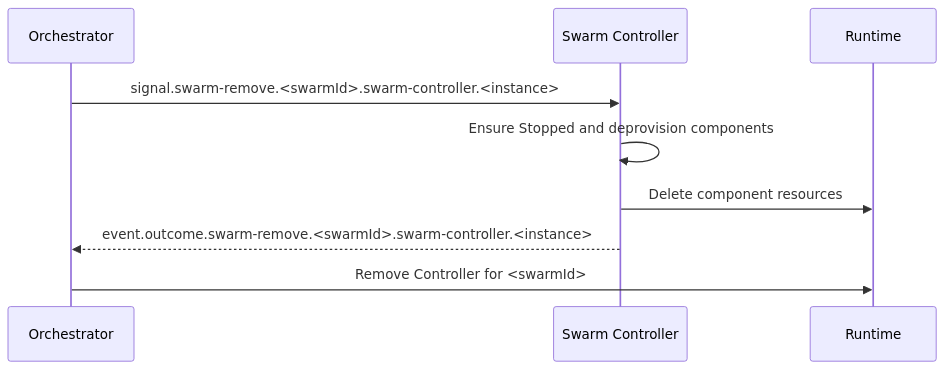
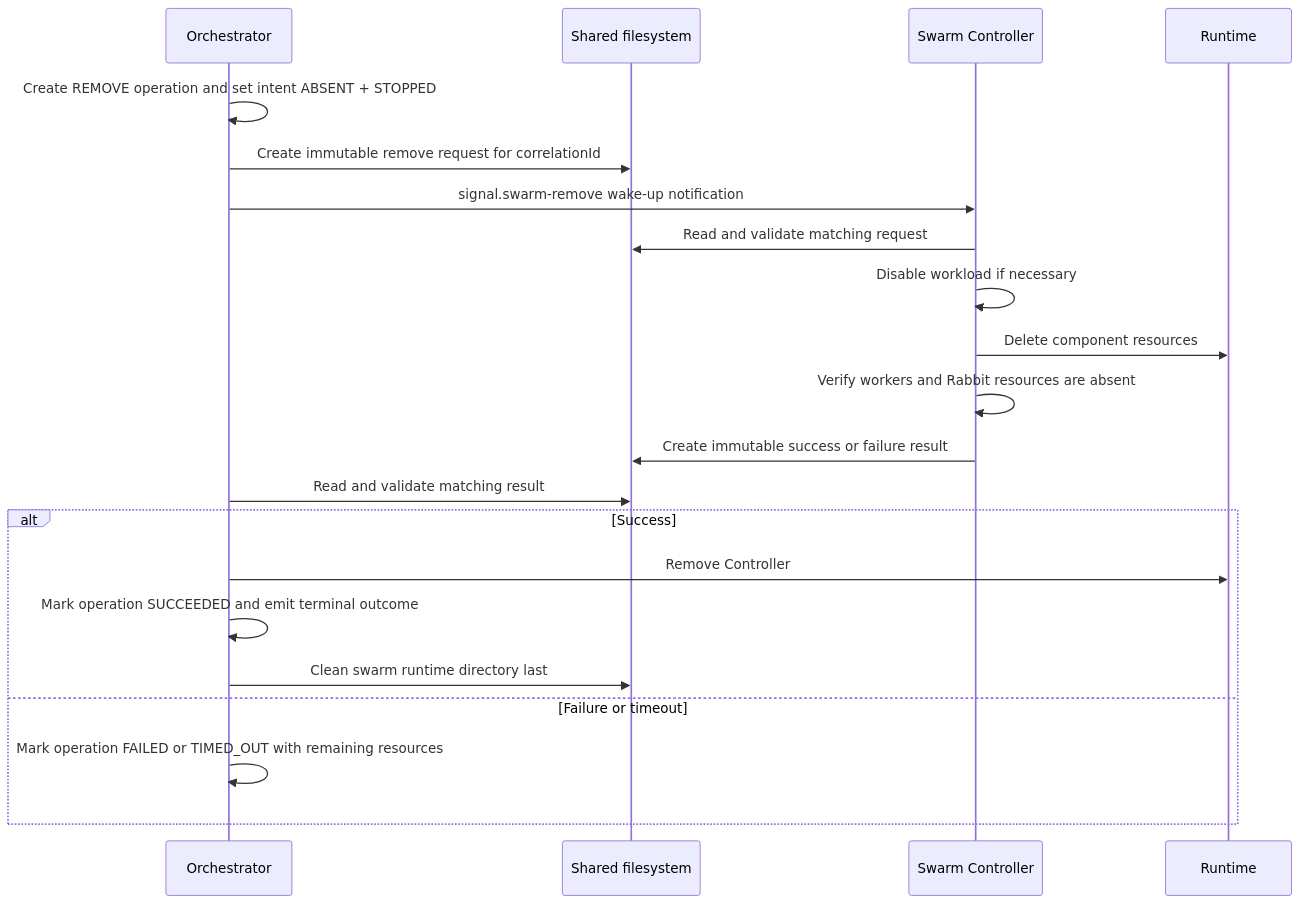
One commit to sepa79/PocketHive changed the fifth of 6 diagrams in docs/ARCHITECTURE.md. Above: the diagram before and after it, drawn with Mermaid. The commit also changed other lines of this file and 210 other files, not shown here.

````diff
--- a/docs/ARCHITECTURE.md
+++ b/docs/ARCHITECTURE.md
@@ -626,12 +681,24 @@
 ```mermaid
 sequenceDiagram
   participant QN as Orchestrator
+  participant FS as Shared filesystem
   participant MSH as Swarm Controller
   participant RT as Runtime
 
-  QN->>MSH: signal.swarm-remove.<swarmId>.swarm-controller.<instance>
-  MSH->>MSH: Ensure Stopped and deprovision components
+  QN->>QN: Create REMOVE operation and set intent ABSENT + STOPPED
+  QN->>FS: Create immutable remove request for correlationId
+  QN->>MSH: signal.swarm-remove wake-up notification
+  MSH->>FS: Read and validate matching request
+  MSH->>MSH: Disable workload if necessary
   MSH->>RT: Delete component resources
-  MSH-->>QN: event.outcome.swarm-remove.<swarmId>.swarm-controller.<instance>
-  QN->>RT: Remove Controller for <swarmId>
+  MSH->>MSH: Verify workers and Rabbit resources are absent
+  MSH->>FS: Create immutable success or failure result
+  QN->>FS: Read and validate matching result
+  alt Success
+    QN->>RT: Remove Controller
+    QN->>QN: Mark operation SUCCEEDED and emit terminal outcome
+    QN->>FS: Clean swarm runtime directory last
+  else Failure or timeout
+    QN->>QN: Mark operation FAILED or TIMED_OUT with remaining resources
+  end
 ```
````
